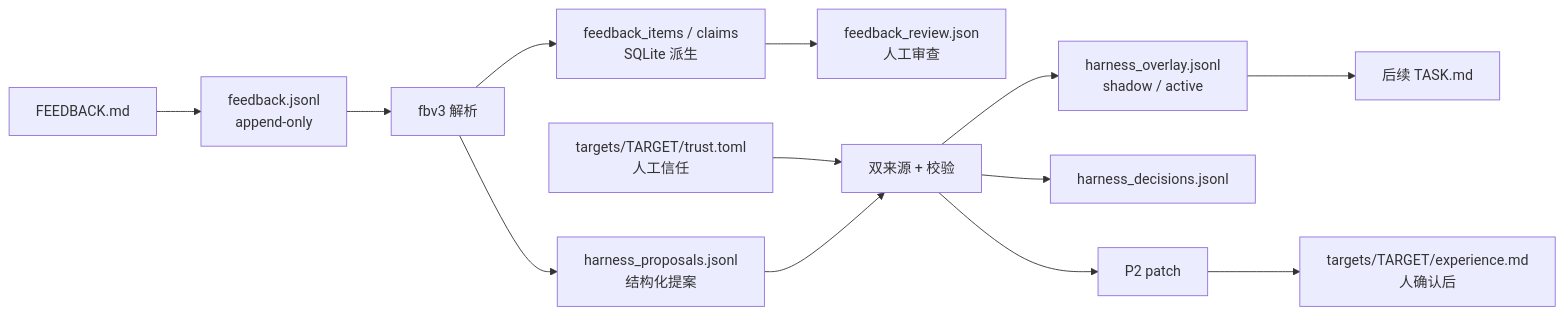
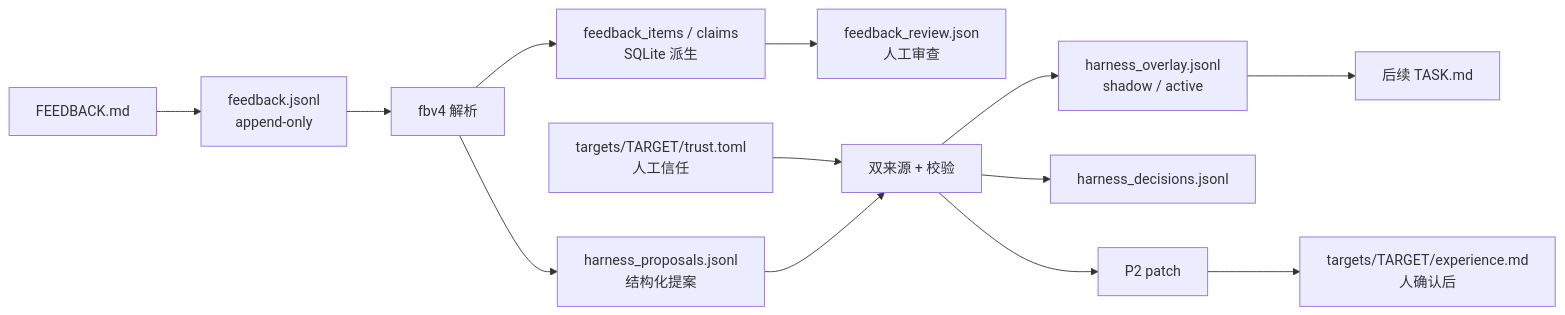
The diagram in docs/架构/数据层.md (kuafuwang/ShapeForge), drawn with Mermaid before and after one commit. The commit also changed other lines of this file and 8 other files, not shown here.

````diff
--- a/docs/架构/数据层.md
+++ b/docs/架构/数据层.md
@@ -268,15 +268,15 @@
 ```mermaid
 flowchart LR
   F["FEEDBACK.md"] --> J["feedback.jsonl<br/>append-only"]
-  J --> P["fbv3 解析"]
+  J --> P["fbv4 解析"]
   P --> C["feedback_items / claims<br/>SQLite 派生"]
   C --> RV["feedback_review.json<br/>人工审查"]
   P --> PR["harness_proposals.jsonl<br/>结构化提案"]
   TR["targets/TARGET/trust.toml<br/>人工信任"] --> Q["双来源 + 校验"]
   PR --> Q
   Q --> O["harness_overlay.jsonl<br/>shadow / active"]
   Q --> D["harness_decisions.jsonl"]
   O --> T["后续 TASK.md"]
   Q --> PA["P2 patch"]
   PA --> X["targets/TARGET/experience.md<br/>人确认后"]
 ```
````
